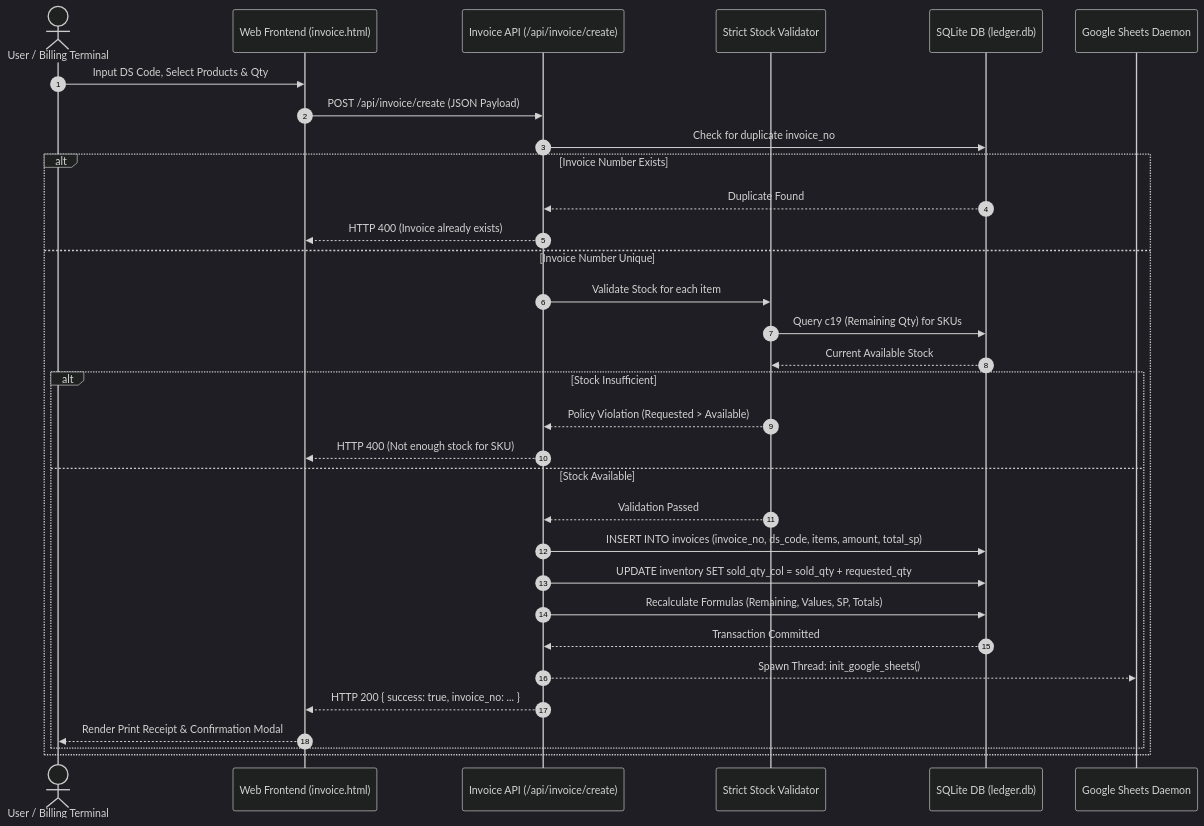
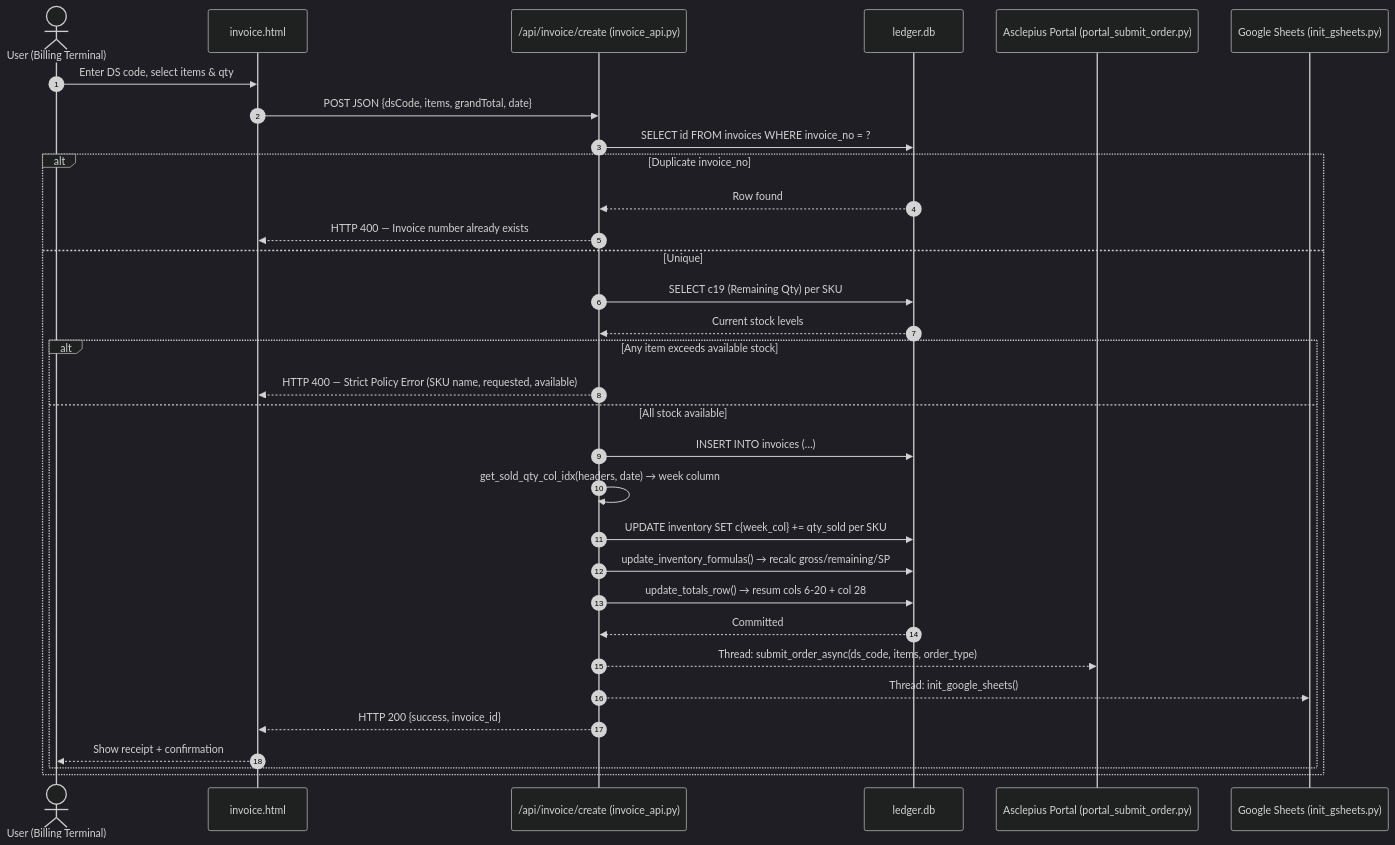
Before and after one commit to roshan-pixel/-ledger_web: the third of 9 diagrams in ARCHITECTURE.md, drawn with Mermaid (dark theme). The commit also changed other lines of this file and 1 other file, not shown here.

Commit message:
docs: reverify and fix architecture - correct ERD, portal sync status, ledger JSON storage, DS lookup flow, scheduler timing, full API route directory

````diff
--- a/ARCHITECTURE.md
+++ b/ARCHITECTURE.md
@@ -372,38 +414,38 @@
 ```mermaid
 sequenceDiagram
     autonumber
-    actor User as User / Billing Terminal
-    participant Web as Web Frontend (invoice.html)
-    participant API as Invoice API (/api/invoice/create)
-    participant Val as Strict Stock Validator
-    participant DB as SQLite DB (ledger.db)
-    participant GSheet as Google Sheets Daemon
+    actor User as User (Billing Terminal)
+    participant FE as invoice.html
+    participant API as /api/invoice/create (invoice_api.py)
+    participant DB as ledger.db
+    participant Portal as Asclepius Portal (portal_submit_order.py)
+    participant GS as Google Sheets (init_gsheets.py)
 
-    User->>Web: Input DS Code, Select Products & Qty
-    Web->>API: POST /api/invoice/create (JSON Payload)
-    
-    API->>DB: Check for duplicate invoice_no
-    alt Invoice Number Exists
-        DB-->>API: Duplicate Found
-        API-->>Web: HTTP 400 (Invoice already exists)
-    else Invoice Number Unique
-        API->>Val: Validate Stock for each item
-        Val->>DB: Query c19 (Remaining Qty) for SKUs
-        DB-->>Val: Current Available Stock
-        
-        alt Stock Insufficient
-            Val-->>API: Policy Violation (Requested > Available)
-            API-->>Web: HTTP 400 (Not enough stock for SKU)
-        else Stock Available
-            Val-->>API: Validation Passed
-            API->>DB: INSERT INTO invoices (invoice_no, ds_code, items, amount, total_sp)
-            API->>DB: UPDATE inventory SET sold_qty_col = sold_qty + requested_qty
-            API->>DB: Recalculate Formulas (Remaining, Values, SP, Totals)
-            DB-->>API: Transaction Committed
-            
-            API-->>GSheet: Spawn Thread: init_google_sheets()
-            API-->>Web: HTTP 200 { success: true, invoice_no: ... }
-            Web-->>User: Render Print Receipt & Confirmation Modal
+    User->>FE: Enter DS code, select items & qty
+    FE->>API: POST JSON {dsCode, items, grandTotal, date}
+
+    API->>DB: SELECT id FROM invoices WHERE invoice_no = ?
+    alt Duplicate invoice_no
+        DB-->>API: Row found
+        API-->>FE: HTTP 400 — Invoice number already exists
+    else Unique
+        API->>DB: SELECT c19 (Remaining Qty) per SKU
+        DB-->>API: Current stock levels
+
+        alt Any item exceeds available stock
+            API-->>FE: HTTP 400 — Strict Policy Error (SKU name, requested, available)
+        else All stock available
+            API->>DB: INSERT INTO invoices (…)
+            API->>API: get_sold_qty_col_idx(headers, date) → week column
+            API->>DB: UPDATE inventory SET c{week_col} += qty_sold per SKU
+            API->>DB: update_inventory_formulas() → recalc gross/remaining/SP
+            API->>DB: update_totals_row() → resum cols 6-20 + col 28
+            DB-->>API: Committed
+
+            API-->>Portal: Thread: submit_order_async(ds_code, items, order_type)
+            API-->>GS: Thread: init_google_sheets()
+            API-->>FE: HTTP 200 {success, invoice_id}
+            FE-->>User: Show receipt + confirmation
         end
     end
 ```
````
